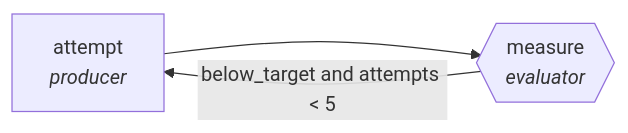
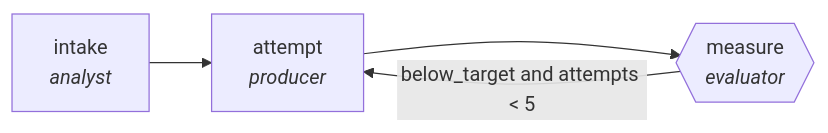
Before and after one commit to ypollak2/agenticgraphs: the diagram in graphs/content-marketing/seo-optimization-loop/CARD.md, drawn with Mermaid. The commit also changed other lines of this file and 104 other files, not shown here.

````diff
--- a/graphs/content-marketing/seo-optimization-loop/CARD.md
+++ b/graphs/content-marketing/seo-optimization-loop/CARD.md
@@ -12,7 +12,9 @@
 ```mermaid
 flowchart LR
-    N0["attempt<br/><i>producer</i>"]
-    N1{{"measure<br/><i>evaluator</i>"}}
+    N0["intake<br/><i>analyst</i>"]
+    N1["attempt<br/><i>producer</i>"]
+    N2{{"measure<br/><i>evaluator</i>"}}
     N0 --> N1
-    N1 -->|below_target and attempts < 5| N0
+    N1 --> N2
+    N2 -->|below_target and attempts < 5| N1
 ```
````
